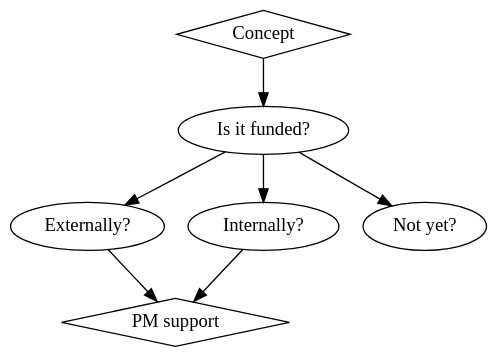
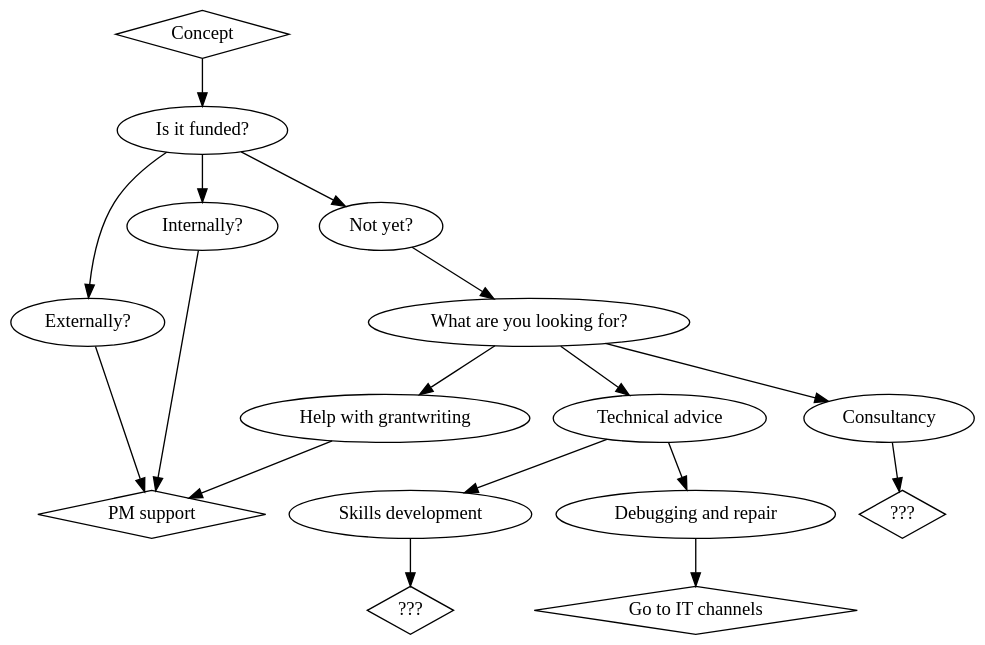
Before and after one commit to NERC-CEH/rse_group: the diagram in team/governance/diagrams/concept.dot, drawn with Graphviz. The commit also changed other lines of this file, not shown here.

Commit message:
add to concept formation (paste from SketchViz UI)

```diff
--- a/team/governance/diagrams/concept.dot
+++ b/team/governance/diagrams/concept.dot
@@ -1,26 +1,48 @@
 # http://www.graphviz.org/content/cluster
 
 
 digraph G {
     
   bgcolor=transparent;
   node [fontname = "Handlee"];
   edge [fontname = "Handlee"];
 
   
   starting [ label = "Concept" shape=diamond];
   pm_support [ label = "PM support" shape=diamond];
   funded [ label = "Is it funded?" ];
   fund_ext [label="Externally?"];
   fund_int [label="Internally?"];
   fund_yet [label="Not yet?"];
+  extra_support [label="What are you looking for?"]
+  help_write [label="Help with grantwriting"]
+  help_tech [label="Technical advice"]
+  help_consult [label="Consultancy"]
+  skills_dev [label="Skills development"]
+  debug_fix [label="Debugging and repair"]
+  go_to_it [label="Go to IT channels", shape=diamond]
+  help_unknown_1 [label="???" shape=diamond]
+  help_unknown_2 [label="???" shape=diamond]
   
   starting -> funded;
   
   funded -> fund_ext;
   funded -> fund_int;
   funded -> fund_yet;
   fund_int -> pm_support;
   fund_ext -> pm_support;
 
+  fund_yet -> extra_support;
+  extra_support -> help_write;
+  extra_support -> help_tech;
+  extra_support -> help_consult;
+  
+  help_tech -> skills_dev;
+  help_tech -> debug_fix;
+  debug_fix -> go_to_it;
+  
+  help_write -> pm_support;
+  help_consult -> help_unknown_1;
+  skills_dev -> help_unknown_2;
+  
 }
```
